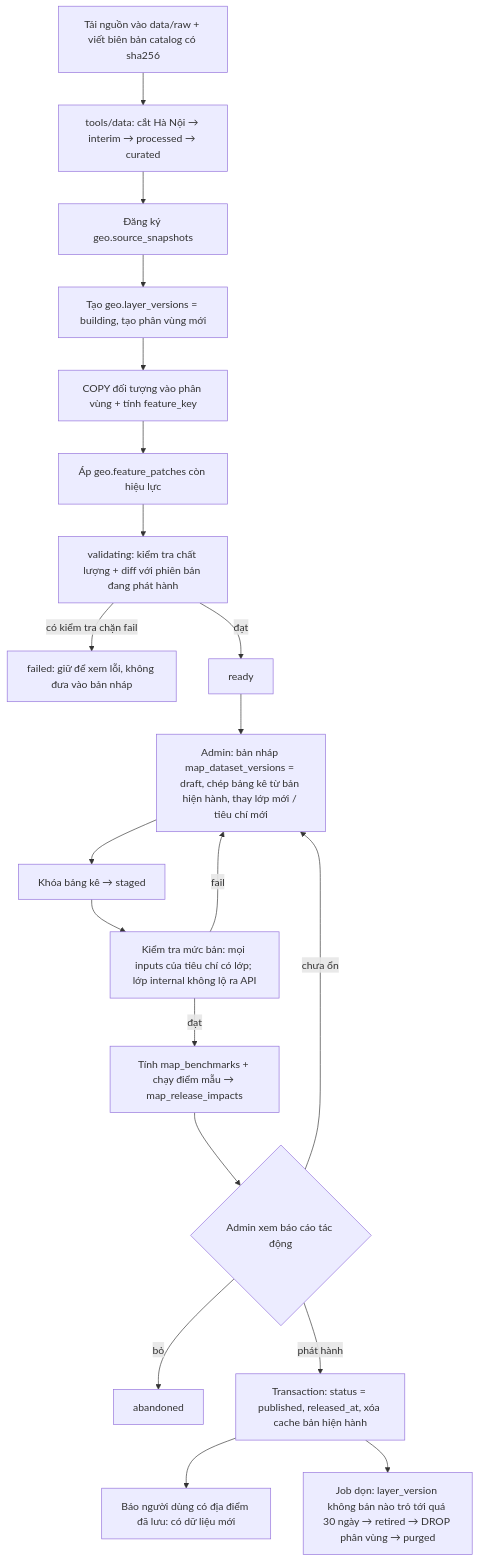
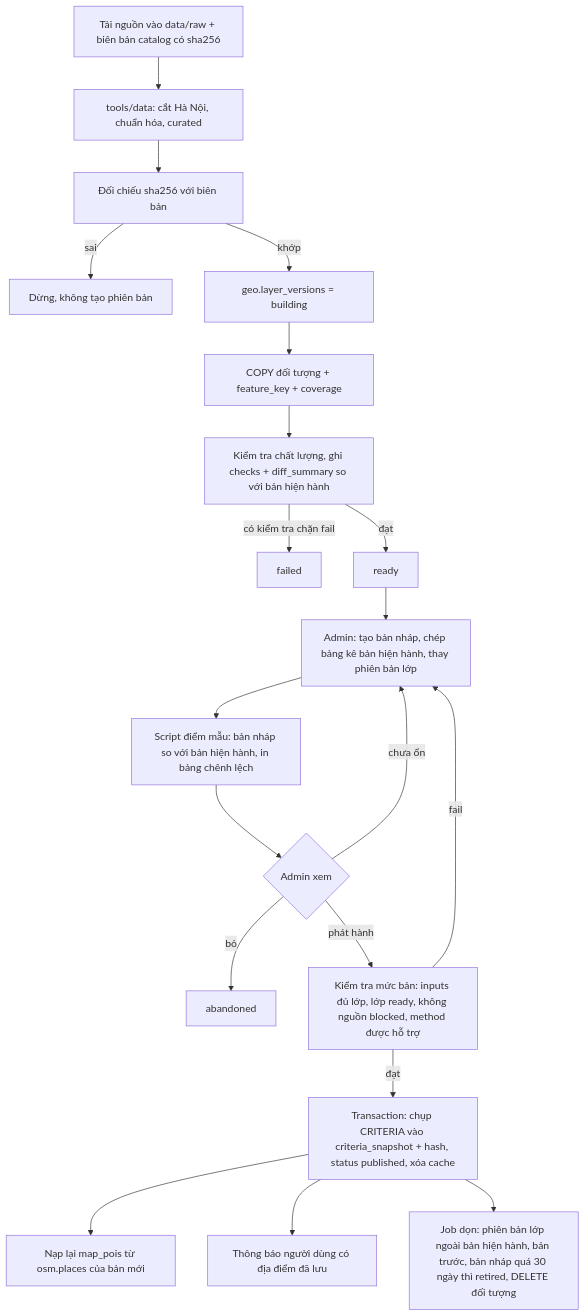
The diagram in workspace/features/018-location-data/diagrams/flow-data-release.mmd (LoDtus/location-insight), drawn with Mermaid before and after one commit. The commit also changed 14 other files, not shown here.

Commit message:
docs(018-location-data): thu gọn thiết kế theo giai đoạn, sửa xung đột TypeORM synchronize và /reset, tiêu chí trong code kèm bản chụp

```diff
--- a/workspace/features/018-location-data/diagrams/flow-data-release.mmd
+++ b/workspace/features/018-location-data/diagrams/flow-data-release.mmd
@@ -1,21 +1,21 @@
-%% Quy trình từ nguồn mới tới bản phát hành hiện hành.
+%% Từ nguồn mới tới bản phát hành hiện hành (GĐ1–2).
 flowchart TD
-  A[Tải nguồn vào data/raw + viết biên bản catalog có sha256] --> B[tools/data: cắt Hà Nội → interim → processed → curated]
-  B --> C[Đăng ký geo.source_snapshots]
-  C --> D[Tạo geo.layer_versions = building, tạo phân vùng mới]
-  D --> E[COPY đối tượng vào phân vùng + tính feature_key]
-  E --> F[Áp geo.feature_patches còn hiệu lực]
-  F --> G[validating: kiểm tra chất lượng + diff với phiên bản đang phát hành]
-  G -->|có kiểm tra chặn fail| X[failed: giữ để xem lỗi, không đưa vào bản nháp]
-  G -->|đạt| H[ready]
-  H --> I[Admin: bản nháp map_dataset_versions = draft, chép bảng kê từ bản hiện hành, thay lớp mới / tiêu chí mới]
-  I --> J[Khóa bảng kê → staged]
-  J --> K[Kiểm tra mức bản: mọi inputs của tiêu chí có lớp; lớp internal không lộ ra API]
-  K -->|fail| I
-  K -->|đạt| L[Tính map_benchmarks + chạy điểm mẫu → map_release_impacts]
-  L --> M{Admin xem báo cáo tác động}
-  M -->|chưa ổn| I
-  M -->|bỏ| Z[abandoned]
-  M -->|phát hành| N[Transaction: status = published, released_at, xóa cache bản hiện hành]
-  N --> O[Báo người dùng có địa điểm đã lưu: có dữ liệu mới]
-  N --> P[Job dọn: layer_version không bản nào trỏ tới quá 30 ngày → retired → DROP phân vùng → purged]
+  A[Tải nguồn vào data/raw + biên bản catalog có sha256] --> B[tools/data: cắt Hà Nội, chuẩn hóa, curated]
+  B --> C[Đối chiếu sha256 với biên bản]
+  C -->|sai| X1[Dừng, không tạo phiên bản]
+  C -->|khớp| D[geo.layer_versions = building]
+  D --> E[COPY đối tượng + feature_key + coverage]
+  E --> F[Kiểm tra chất lượng, ghi checks + diff_summary so với bản hiện hành]
+  F -->|có kiểm tra chặn fail| X2[failed]
+  F -->|đạt| G[ready]
+  G --> H[Admin: tạo bản nháp, chép bảng kê bản hiện hành, thay phiên bản lớp]
+  H --> I[Script điểm mẫu: bản nháp so với bản hiện hành, in bảng chênh lệch]
+  I --> J{Admin xem}
+  J -->|chưa ổn| H
+  J -->|bỏ| Z[abandoned]
+  J -->|phát hành| K[Kiểm tra mức bản: inputs đủ lớp, lớp ready, không nguồn blocked, method được hỗ trợ]
+  K -->|fail| H
+  K -->|đạt| L[Transaction: chụp CRITERIA vào criteria_snapshot + hash, status published, xóa cache]
+  L --> M[Nạp lại map_pois từ osm.places của bản mới]
+  L --> N[Thông báo người dùng có địa điểm đã lưu]
+  L --> O[Job dọn: phiên bản lớp ngoài bản hiện hành, bản trước, bản nháp quá 30 ngày thì retired, DELETE đối tượng]
```
